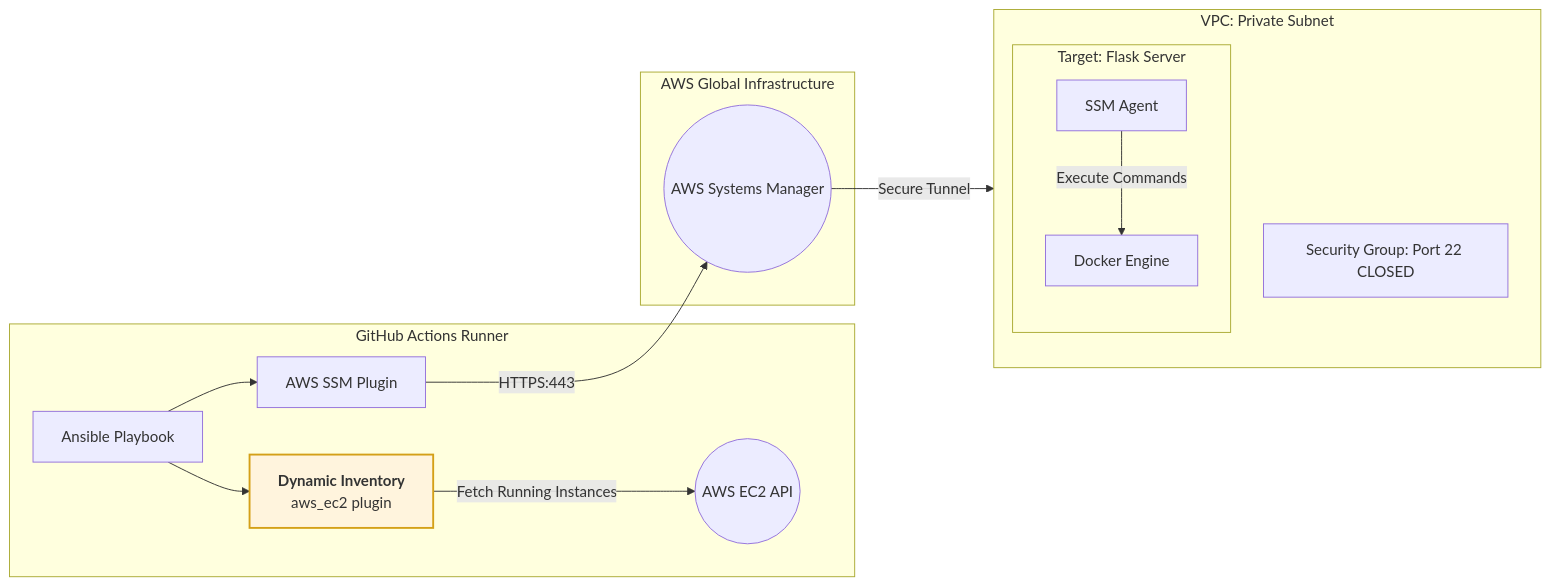
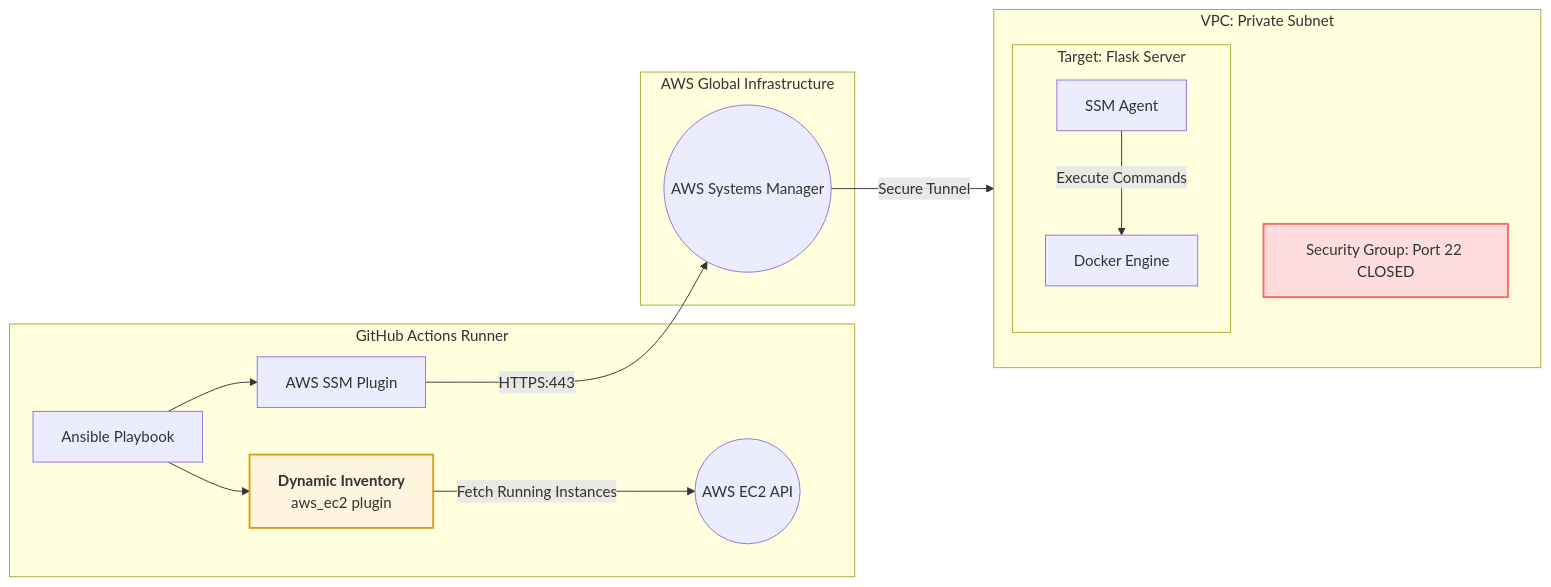
Before and after one commit to R-Kx/Aws-Fortress-Automation: the third of 3 diagrams in README.md, drawn with Mermaid.

````diff
--- a/README.md
+++ b/README.md
@@ -148,33 +148,35 @@
 ```mermaid
 graph LR
     subgraph GitHub_Runner [GitHub Actions Runner]
         Ansible[Ansible Playbook]
         DynInv[<b>Dynamic Inventory</b><br/>aws_ec2 plugin]
         SSM_Plugin[AWS SSM Plugin]
         
         Ansible --> DynInv
         DynInv -->|Fetch Running Instances| AWS_API
         Ansible --> SSM_Plugin
     end
 
     subgraph AWS_Control_Plane [AWS Global Infrastructure]
         AWS_API((AWS EC2 API))
         SSM_Service((AWS Systems Manager))
     end
 
     subgraph Private_Network [VPC: Private Subnet]
         direction TB
         subgraph EC2_Instance [Target: Flask Server]
             Agent[SSM Agent]
             Docker[Docker Engine]
         end
         FW[Security Group: Port 22 CLOSED]
     end
 
     %% Connectivity Flow
     SSM_Plugin -->|HTTPS:443| SSM_Service
     SSM_Service -->|Secure Tunnel| Agent
     Agent -->|Execute Commands| Docker
     
     style DynInv fill:#fff4dd,stroke:#d4a017,stroke-width:2px
+
+    style FW fill:#fdd,stroke:#f66,stroke-width:2px
 ```
````
